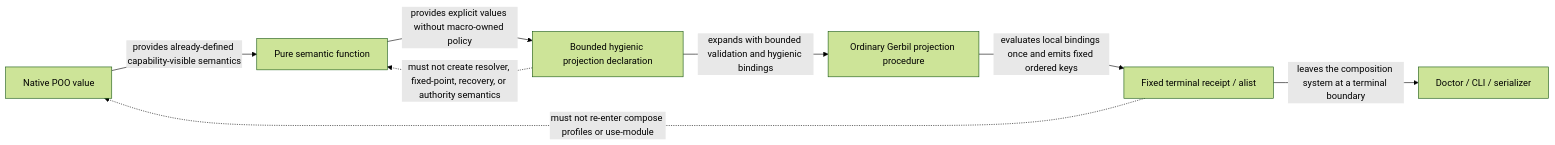
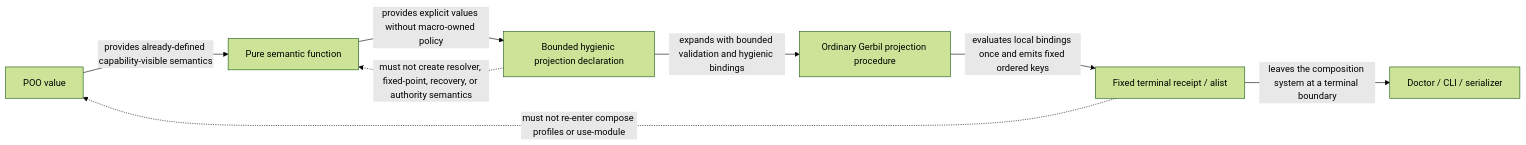
The diagram in module-system/design/45-120-16-terminal-projection-macro-governance.org (tao3k/gebril-yuanxu), drawn with Mermaid (forest theme) before and after one commit. The commit also changed other lines of this file and 1469 other files, not shown here.

```diff
--- a/module-system/design/45-120-16-terminal-projection-macro-governance.org
+++ b/module-system/design/45-120-16-terminal-projection-macro-governance.org
@@ -45,17 +45,17 @@
 #+begin_src mermaid
 flowchart LR
-  Object["Native POO value"]
+  Object["POO value"]
   Function["Pure semantic function"]
   Declaration["Bounded hygienic projection declaration"]
   Procedure["Ordinary Gerbil projection procedure"]
   Receipt["Fixed terminal receipt / alist"]
   Consumer["Doctor / CLI / serializer"]
 
   Object -->|"provides already-defined capability-visible semantics"| Function
   Function -->|"provides explicit values without macro-owned policy"| Declaration
   Declaration -->|"expands with bounded validation and hygienic bindings"| Procedure
   Procedure -->|"evaluates local bindings once and emits fixed ordered keys"| Receipt
   Receipt -->|"leaves the composition system at a terminal boundary"| Consumer
   Receipt -.->|"must not re-enter compose profiles or use-module"| Object
   Declaration -.->|"must not create resolver, fixed-point, recovery, or authority semantics"| Function
 #+end_src
```
